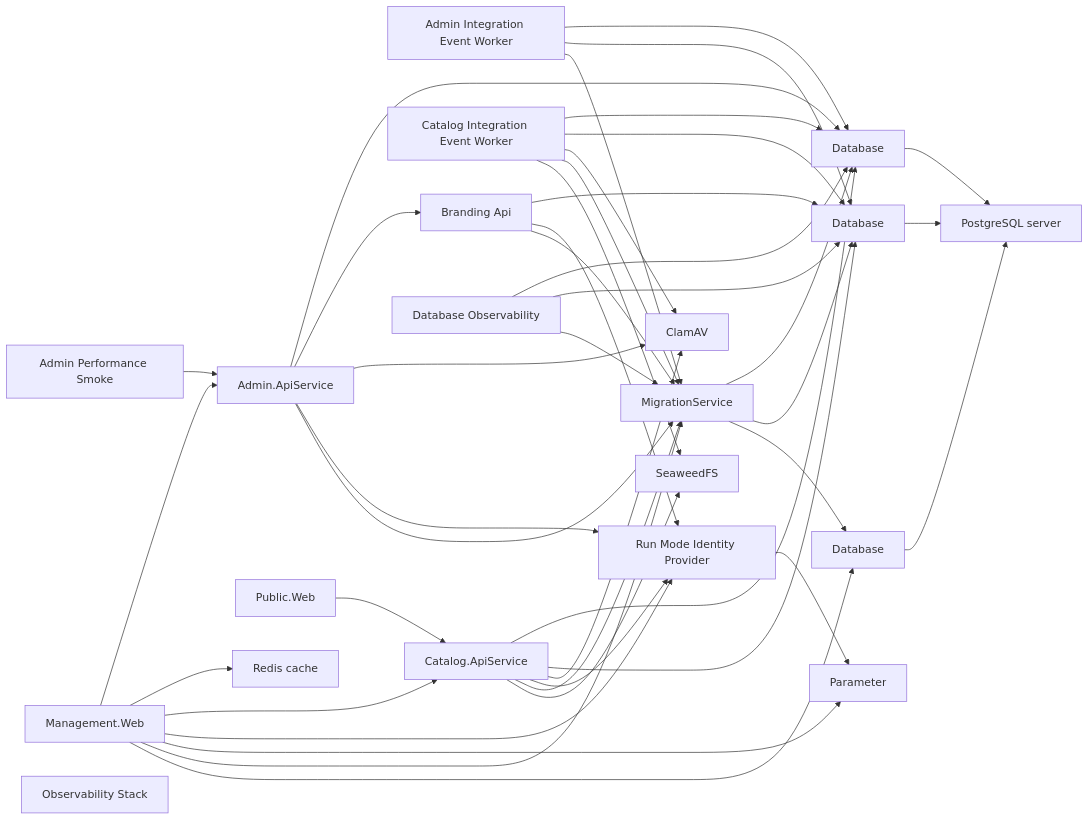
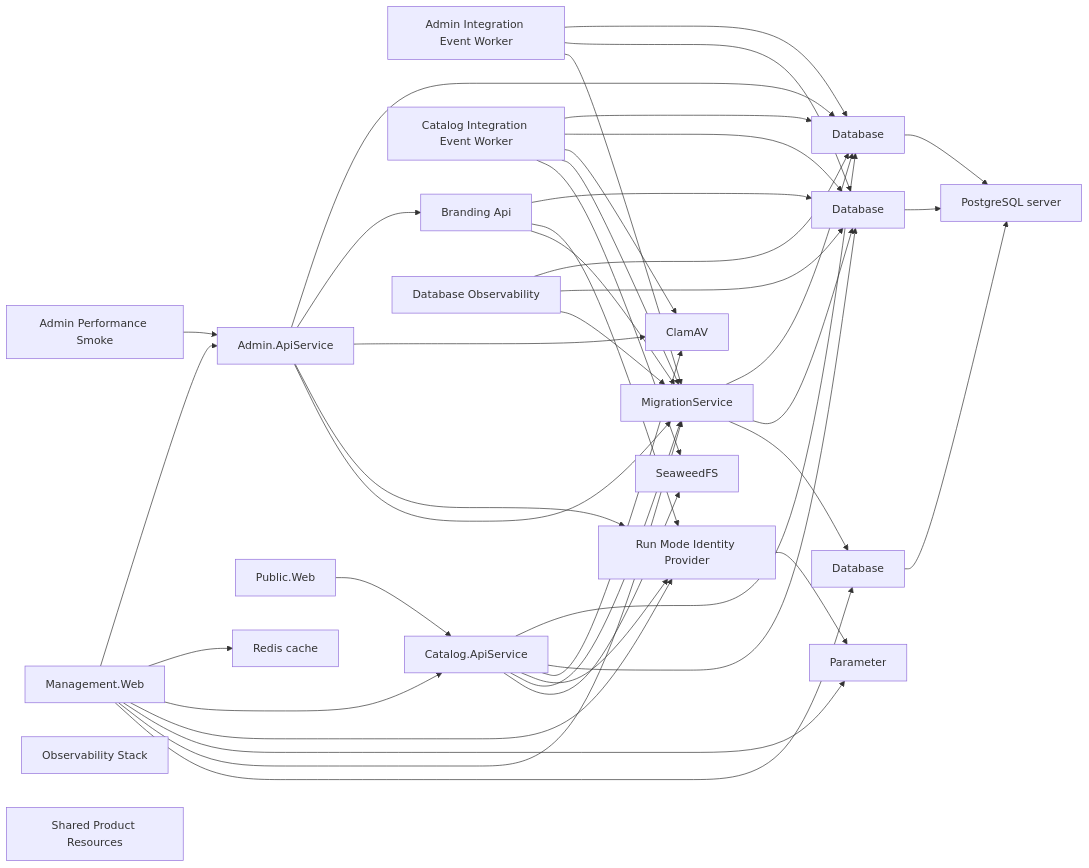
One commit to danigutsch/ViajantesTurismo changed the diagram in docs/architecture/runtime-wiring-and-deployment.md. Above: the diagram before and after it, drawn with Mermaid. The commit also changed 335 other files, not shown here.

````diff
--- a/docs/architecture/runtime-wiring-and-deployment.md
+++ b/docs/architecture/runtime-wiring-and-deployment.md
@@ -21,64 +21,65 @@
 ```mermaid
 flowchart LR
     AdminIntegrationEventWorker[Admin Integration Event Worker]
     AdminPerformanceSmoke[Admin Performance Smoke]
     apiService[Admin.ApiService]
     brandingApiService[Branding Api]
     CatalogIntegrationEventWorker[Catalog Integration Event Worker]
     catalogApiService[Catalog.ApiService]
     clamAv[ClamAV]
     adminDatabase[Database]
     catalogDatabase[Database]
     securityDatabase[Database]
     DatabaseObservability[Database Observability]
     ManagementWeb[Management.Web]
     migrationService[MigrationService]
     ObservabilityStack[Observability Stack]
     managementWebClientSecret[Parameter]
     databaseServer[PostgreSQL server]
     PublicWeb[Public.Web]
     cache[Redis cache]
     identityProvider[Run Mode Identity Provider]
     seaweedFs[SeaweedFS]
+    SharedProductResources[Shared Product Resources]
     AdminIntegrationEventWorker --> adminDatabase
     AdminIntegrationEventWorker --> catalogDatabase
     AdminIntegrationEventWorker --> migrationService
     AdminPerformanceSmoke --> apiService
     CatalogIntegrationEventWorker --> adminDatabase
     CatalogIntegrationEventWorker --> catalogDatabase
     CatalogIntegrationEventWorker --> clamAv
     CatalogIntegrationEventWorker --> migrationService
     CatalogIntegrationEventWorker --> seaweedFs
     DatabaseObservability --> adminDatabase
     DatabaseObservability --> catalogDatabase
     DatabaseObservability --> migrationService
     ManagementWeb --> apiService
     ManagementWeb --> cache
     ManagementWeb --> catalogApiService
     ManagementWeb --> identityProvider
     ManagementWeb --> managementWebClientSecret
     ManagementWeb --> migrationService
     ManagementWeb --> securityDatabase
     PublicWeb --> catalogApiService
     adminDatabase --> databaseServer
     apiService --> adminDatabase
     apiService --> brandingApiService
     apiService --> clamAv
     apiService --> identityProvider
     apiService --> migrationService
     brandingApiService --> catalogDatabase
     brandingApiService --> identityProvider
     brandingApiService --> migrationService
     catalogApiService --> adminDatabase
     catalogApiService --> catalogDatabase
     catalogApiService --> clamAv
     catalogApiService --> identityProvider
     catalogApiService --> migrationService
     catalogApiService --> seaweedFs
     catalogDatabase --> databaseServer
     identityProvider --> managementWebClientSecret
     migrationService --> adminDatabase
     migrationService --> catalogDatabase
     migrationService --> securityDatabase
     securityDatabase --> databaseServer
 ```
````
